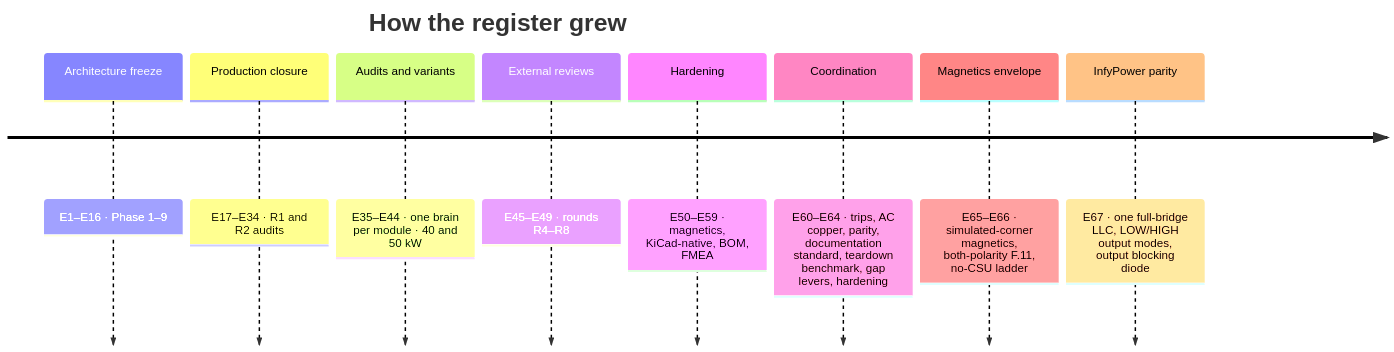
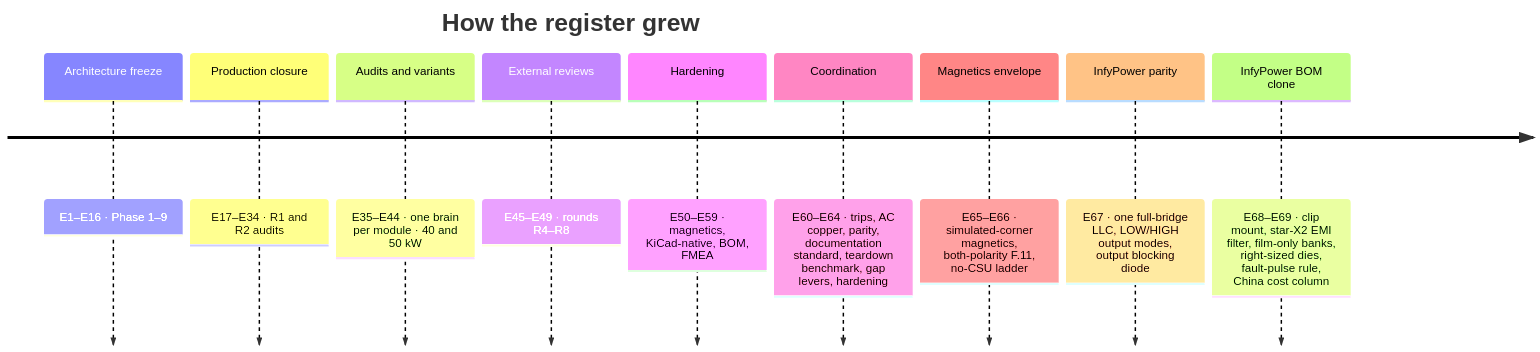
The diagram in docs/assumptions.md (vectivolt/DC-Modules), drawn with Mermaid before and after one commit. The commit also changed other lines of this file and 121 other files, not shown here.

````diff
--- a/docs/assumptions.md
+++ b/docs/assumptions.md
@@ -38,12 +38,13 @@
 ```mermaid
 timeline
   title How the register grew
   Architecture freeze : E1–E16 · Phase 1–9
   Production closure : E17–E34 · R1 and R2 audits
   Audits and variants : E35–E44 · one brain per module · 40 and 50 kW
   External reviews : E45–E49 · rounds R4–R8
   Hardening : E50–E59 · magnetics, KiCad-native, BOM, FMEA
   Coordination : E60–E64 · trips, AC copper, parity, documentation standard, teardown benchmark, gap levers, hardening
   Magnetics envelope : E65–E66 · simulated-corner magnetics, both-polarity F.11, no-CSU ladder
   InfyPower parity : E67 · one full-bridge LLC, LOW/HIGH output modes, output blocking diode
+  InfyPower BOM clone : E68–E69 · clip mount, star-X2 EMI filter, film-only banks, right-sized dies, fault-pulse rule, China cost column
 ```
````
